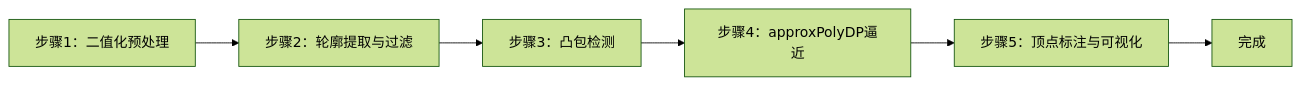
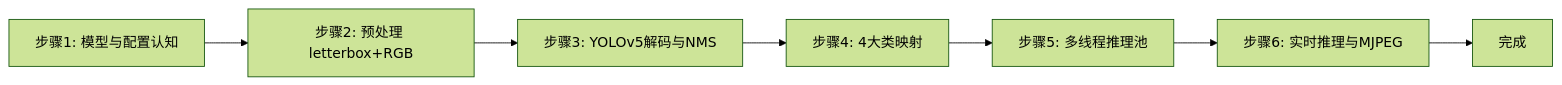
One commit to aibittek/course_generate_agent changed the first of 2 diagrams in courses/sheet1/robot_vision/_parts/experiment-5.md. Above: the diagram before and after it, drawn with Mermaid (forest theme). The commit also changed other lines of this file and 98 other files, not shown here.

````diff
--- a/courses/sheet1/robot_vision/_parts/experiment-5.md
+++ b/courses/sheet1/robot_vision/_parts/experiment-5.md
@@ -86,8 +94,9 @@
 ```mermaid
 graph LR
-    A[步骤1：二值化预处理] --> B[步骤2：轮廓提取与过滤]
-    B --> C[步骤3：凸包检测]
-    C --> D[步骤4：approxPolyDP逼近]
-    D --> E[步骤5：顶点标注与可视化]
-    E --> F[完成]
+    A[步骤1: 模型与配置认知] --> B[步骤2: 预处理 letterbox+RGB]
+    B --> C[步骤3: YOLOv5解码与NMS]
+    C --> D[步骤4: 4大类映射]
+    D --> E[步骤5: 多线程推理池]
+    E --> F[步骤6: 实时推理与MJPEG]
+    F --> G[完成]
 ```
````
